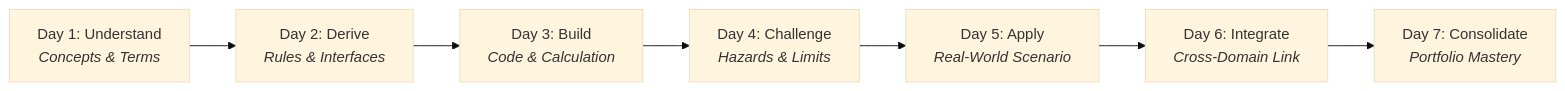
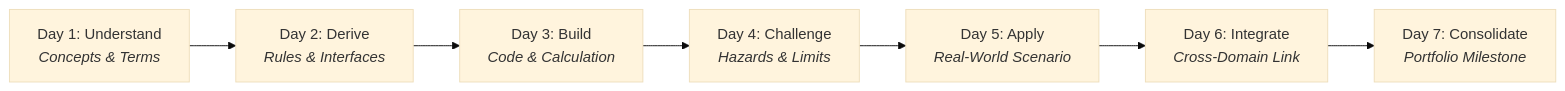
The diagram in README.md (SDMCNS/365-days-of-aviation), drawn with Mermaid (base theme) before and after one commit. The commit also changed other lines of this file, not shown here.

````diff
--- a/README.md
+++ b/README.md
@@ -32,9 +34,9 @@
 ```mermaid
 flowchart LR
     D1["Day 1: Understand<br/><i>Concepts & Terms</i>"] --> D2["Day 2: Derive<br/><i>Rules & Interfaces</i>"]
     D2 --> D3["Day 3: Build<br/><i>Code & Calculation</i>"]
     D3 --> D4["Day 4: Challenge<br/><i>Hazards & Limits</i>"]
     D4 --> D5["Day 5: Apply<br/><i>Real-World Scenario</i>"]
     D5 --> D6["Day 6: Integrate<br/><i>Cross-Domain Link</i>"]
-    D6 --> D7["Day 7: Consolidate<br/><i>Portfolio Mastery</i>"]
+    D6 --> D7["Day 7: Consolidate<br/><i>Portfolio Milestone</i>"]
 ```
````
